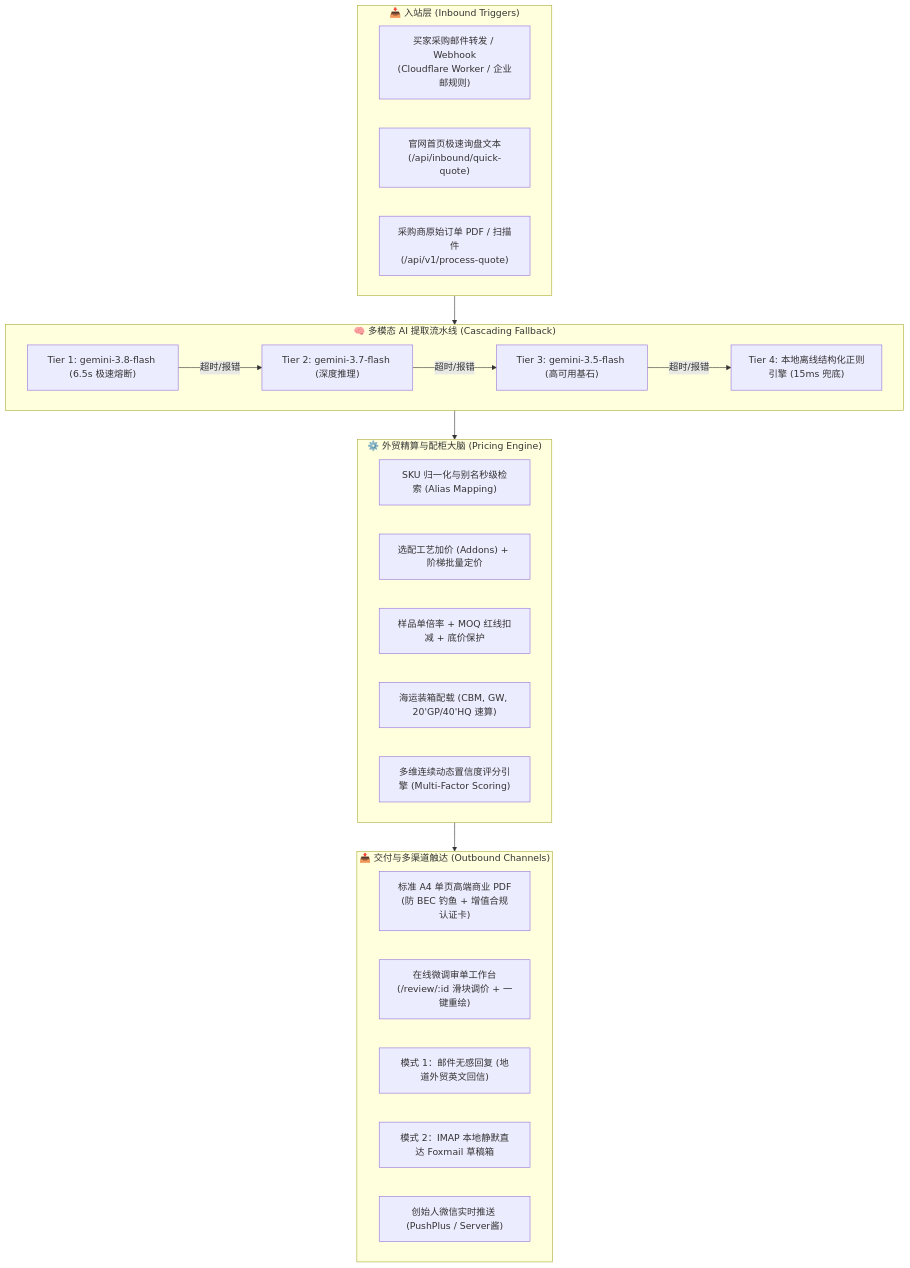
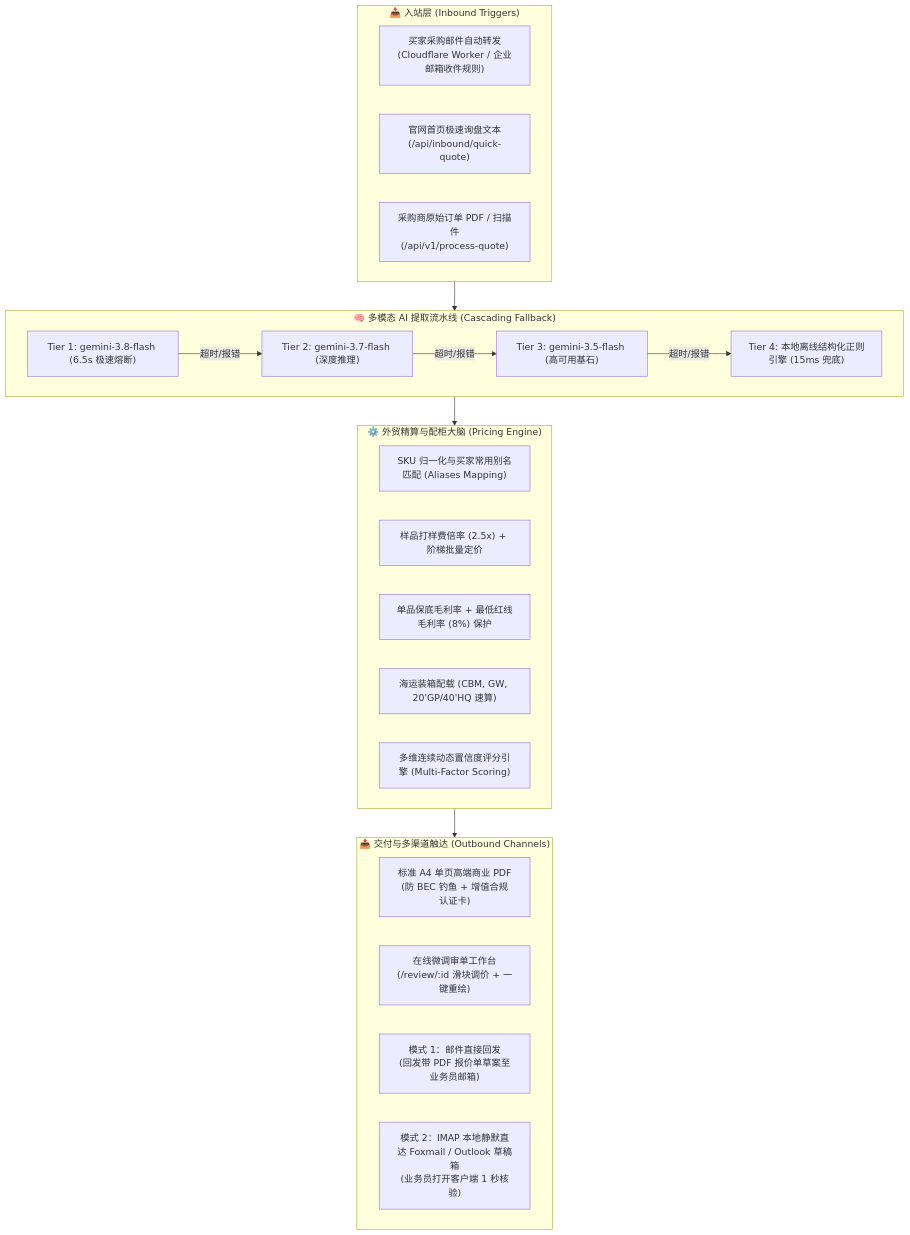
One commit to KelvinTsui820/kelvinflow-quote-engine changed the first of 2 diagrams in SYSTEM_SPECIFICATION.md. Above: the diagram before and after it, drawn with Mermaid. The commit also changed other lines of this file and 1 other file, not shown here.

````diff
--- a/SYSTEM_SPECIFICATION.md
+++ b/SYSTEM_SPECIFICATION.md
@@ -41,36 +44,35 @@
 ```mermaid
 flowchart TD
     subgraph INBOUND["📥 入站层 (Inbound Triggers)"]
-        A1["买家采购邮件转发 / Webhook\n(Cloudflare Worker / 企业邮规则)"]
+        A1["买家采购邮件自动转发\n(Cloudflare Worker / 企业邮箱收件规则)"]
         A2["官网首页极速询盘文本\n(/api/inbound/quick-quote)"]
         A3["采购商原始订单 PDF / 扫描件\n(/api/v1/process-quote)"]
     end
 
     subgraph AI_PIPELINE["🧠 多模态 AI 提取流水线 (Cascading Fallback)"]
         B1["Tier 1: gemini-3.8-flash (6.5s 极速熔断)"]
         B2["Tier 2: gemini-3.7-flash (深度推理)"]
         B3["Tier 3: gemini-3.5-flash (高可用基石)"]
         B4["Tier 4: 本地离线结构化正则引擎 (15ms 兜底)"]
         B1 -->|超时/报错| B2 -->|超时/报错| B3 -->|超时/报错| B4
     end
 
     subgraph CORE_PRICING["⚙️ 外贸精算与配柜大脑 (Pricing Engine)"]
-        C1["SKU 归一化与别名秒级检索 (Alias Mapping)"]
-        C2["选配工艺加价 (Addons) + 阶梯批量定价"]
-        C3["样品单倍率 + MOQ 红线扣减 + 底价保护"]
+        C1["SKU 归一化与买家常用别名匹配 (Aliases Mapping)"]
+        C2["样品打样费倍率 (2.5x) + 阶梯批量定价"]
+        C3["单品保底毛利率 + 最低红线毛利率 (8%) 保护"]
         C4["海运装箱配载 (CBM, GW, 20'GP/40'HQ 速算)"]
         C5["多维连续动态置信度评分引擎 (Multi-Factor Scoring)"]
     end
 
     subgraph OUTBOUND["📤 交付与多渠道触达 (Outbound Channels)"]
         D1["标准 A4 单页高端商业 PDF\n(防 BEC 钓鱼 + 增值合规认证卡)"]
         D2["在线微调审单工作台\n(/review/:id 滑块调价 + 一键重绘)"]
-        D3["模式 1：邮件无感回复 (地道外贸英文回信)"]
-        D4["模式 2：IMAP 本地静默直达 Foxmail 草稿箱"]
-        D5["创始人微信实时推送 (PushPlus / Server酱)"]
+        D3["模式 1：邮件直接回发\n(回发带 PDF 报价单草案至业务员邮箱)"]
+        D4["模式 2：IMAP 本地静默直达 Foxmail / Outlook 草稿箱\n(业务员打开客户端 1 秒核验)"]
     end
 
     INBOUND --> AI_PIPELINE
     AI_PIPELINE --> CORE_PRICING
     CORE_PRICING --> OUTBOUND
 ```
````
